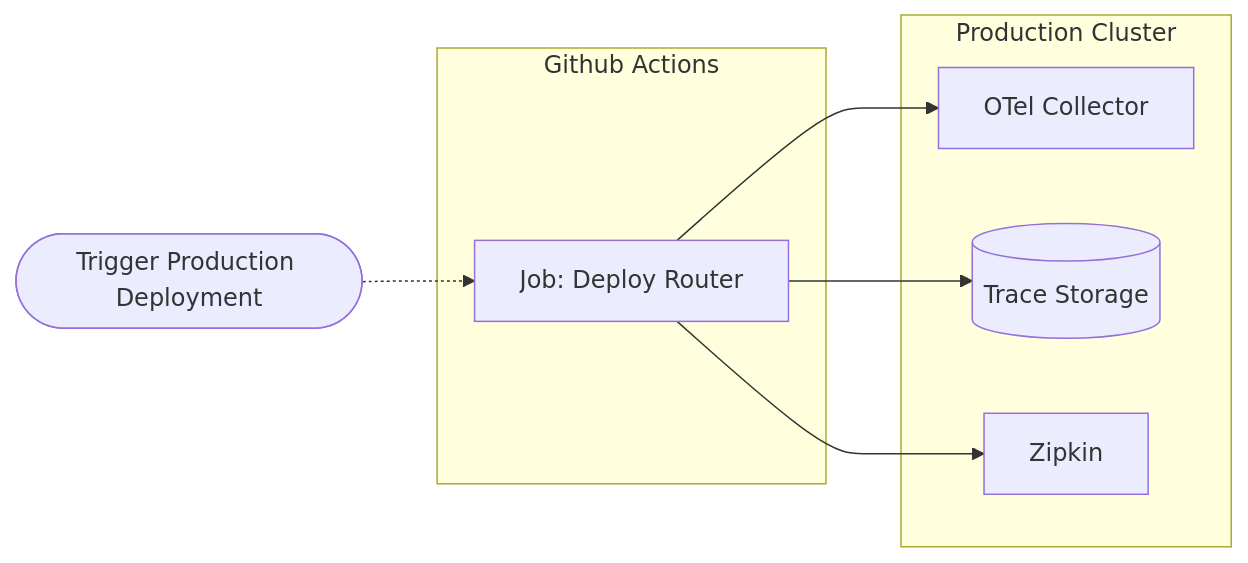
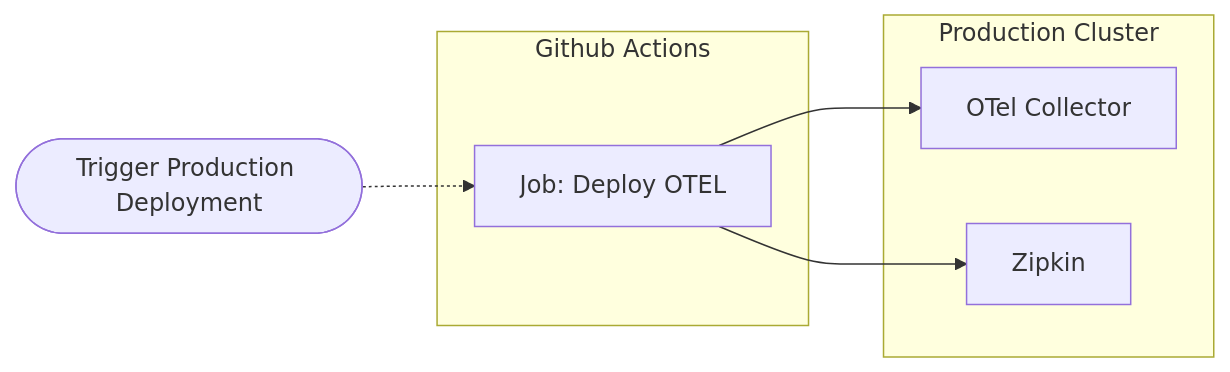
The tenth of 12 diagrams in src/content/graphos/enterprise/reference-architecture.mdx (apollographql/docs), drawn with Mermaid before and after one commit. The commit also changed other lines of this file, not shown here.

````diff
--- a/src/content/graphos/enterprise/reference-architecture.mdx
+++ b/src/content/graphos/enterprise/reference-architecture.mdx
@@ -213,19 +418,17 @@
 ```mermaid
 flowchart LR
   trigger(["Trigger Production Deployment"])
 
   subgraph githubactions["Github Actions"]
-    deploy["Job: Deploy Router"]
+    deploy["Job: Deploy OTEL"]
   end
 
   subgraph cluster["Production Cluster"]
     collector["OTel Collector"]
-    tracestorage[("Trace Storage")]
     zipkin[Zipkin]
   end
 
   trigger -.-> deploy
   deploy --> collector
-  deploy --> tracestorage
   deploy --> zipkin
 ```
````
